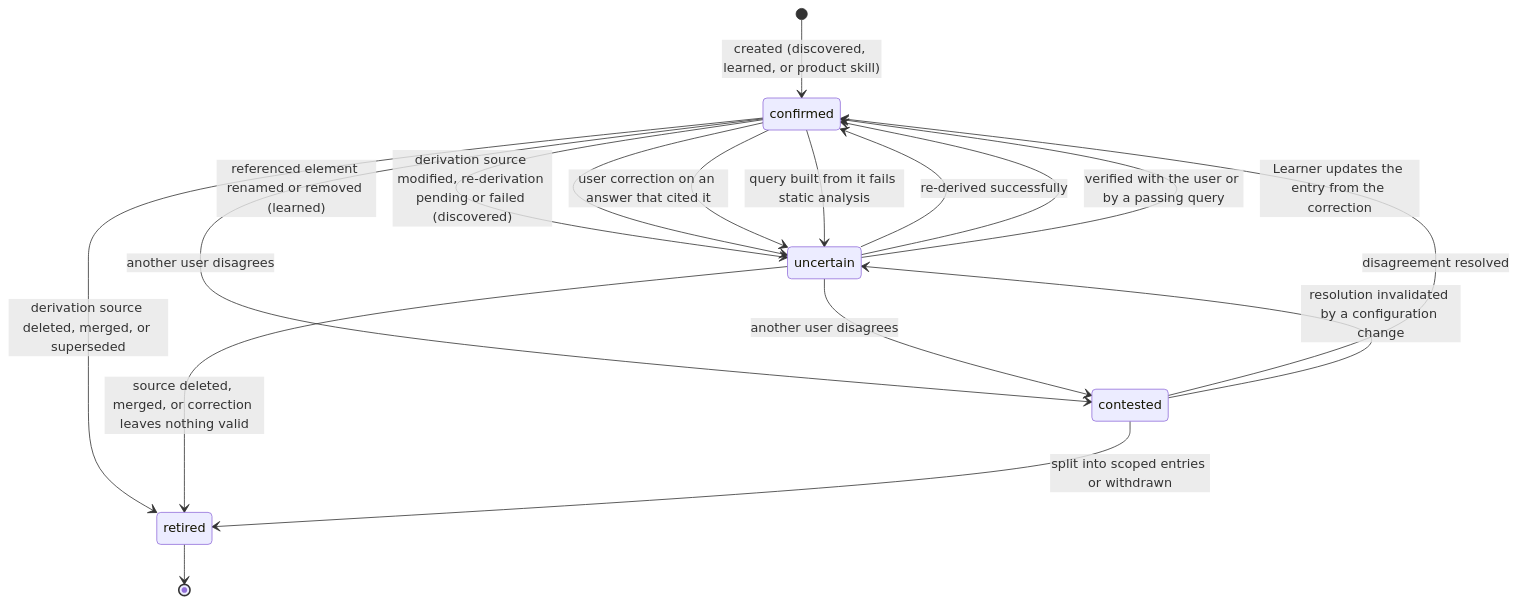
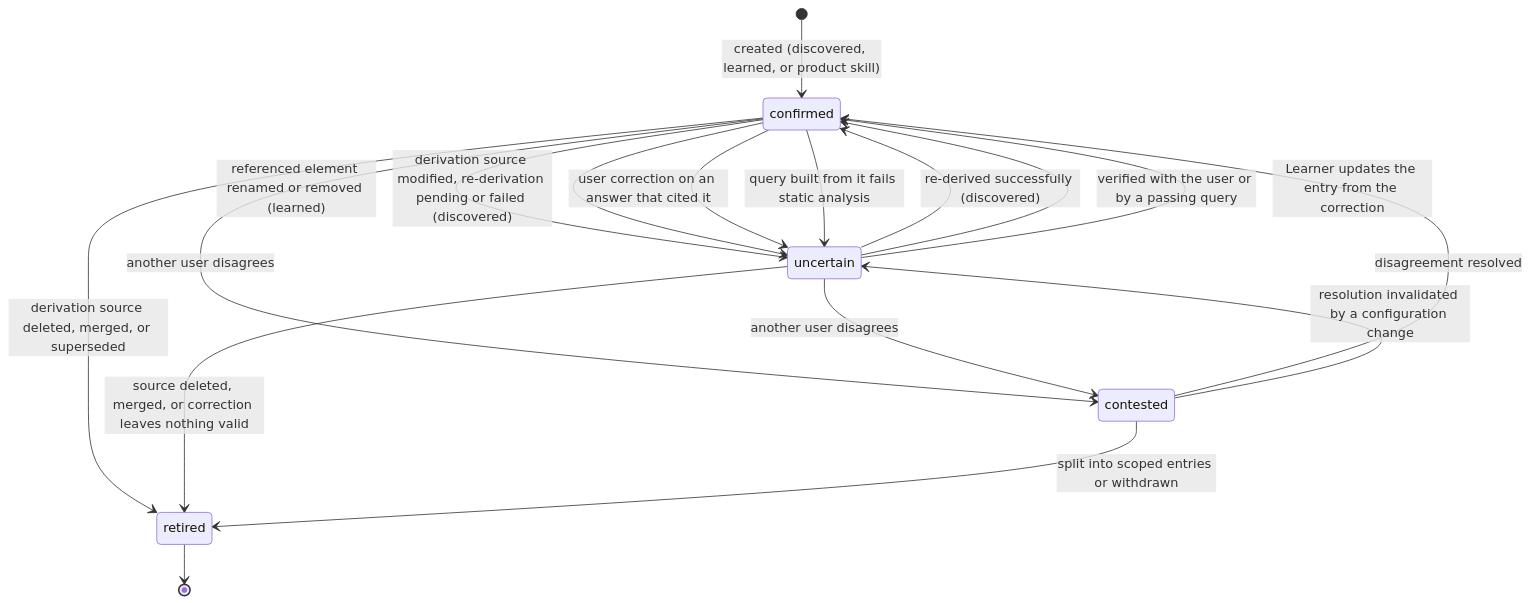
One commit to omkarbhale/aras-insight changed the first of 3 diagrams in docs/specs/knowledge-and-learning.md. Above: the diagram before and after it, drawn with Mermaid. The commit also changed other lines of this file and 60 other files, not shown here.

````diff
--- a/docs/specs/knowledge-and-learning.md
+++ b/docs/specs/knowledge-and-learning.md
@@ -160,19 +162,19 @@
 ```mermaid
 stateDiagram-v2
     [*] --> confirmed: created (discovered, learned, or product skill)
     confirmed --> uncertain: referenced element renamed or removed (learned)
     confirmed --> uncertain: derivation source modified, re-derivation pending or failed (discovered)
     confirmed --> uncertain: user correction on an answer that cited it
     confirmed --> uncertain: query built from it fails static analysis
-    uncertain --> confirmed: re-derived successfully
+    uncertain --> confirmed: re-derived successfully (discovered)
     uncertain --> confirmed: verified with the user or by a passing query
     uncertain --> confirmed: Learner updates the entry from the correction
     confirmed --> contested: another user disagrees
     uncertain --> contested: another user disagrees
     contested --> confirmed: disagreement resolved
     contested --> uncertain: resolution invalidated by a configuration change
     confirmed --> retired: derivation source deleted, merged, or superseded
     uncertain --> retired: source deleted, merged, or correction leaves nothing valid
     contested --> retired: split into scoped entries or withdrawn
     retired --> [*]
 ```
````
